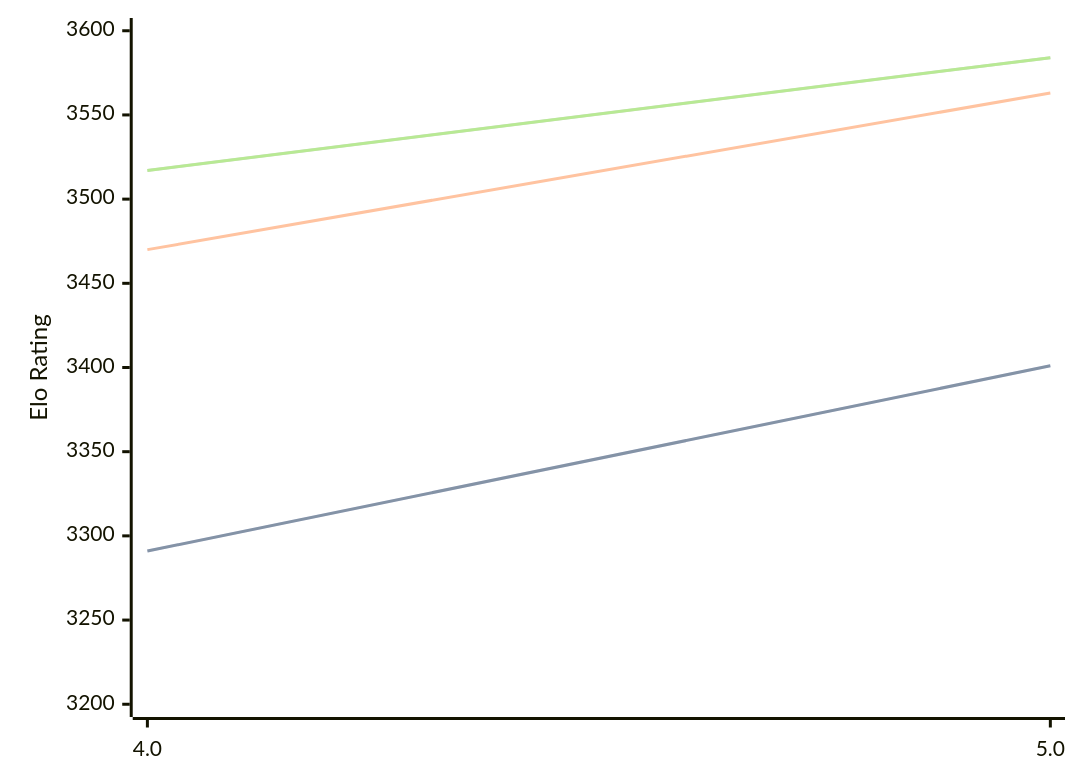
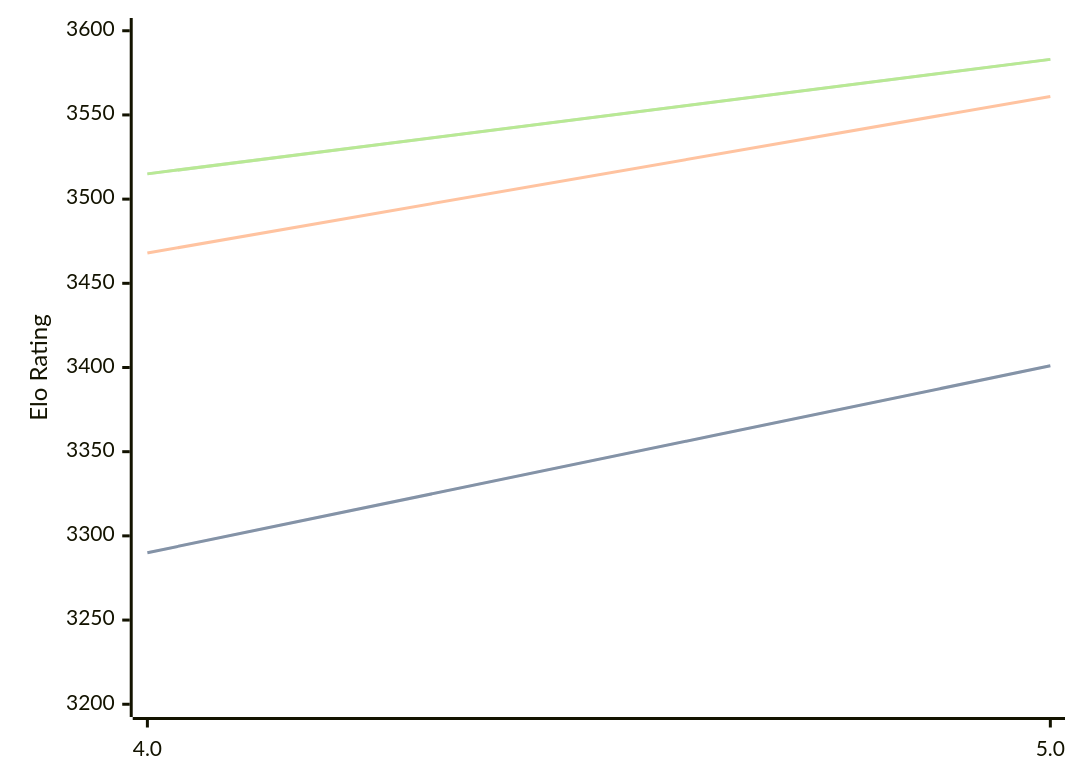
The diagram in engines/Tarnished.md (computer-chess-index/cci), drawn with Mermaid before and after one commit. The commit also changed other lines of this file, not shown here.

Commit message:
Update CCI Ratings (ELO VLTC) - 2026-04-26

````diff
--- a/engines/Tarnished.md
+++ b/engines/Tarnished.md
@@ -36,11 +36,11 @@
 ```mermaid
 %%{init: {"theme":"base","themeVariables":{"seriesColors:['#a3a3a3','#222221','#faa371']}}}%%
 xychart-beta
   x-axis ["4.0", "5.0"]
   y-axis "Elo Rating" 3200 --> 3600
-  line "STC (8.0+0.08s)" [3291, 3401]
-  line "STC (8.0+0.08s)" [3291, 3401]
-  line "LTC (60.0+0.60s)" [3470, 3563]
-  line "VLTC (2m24s+1.12s)" [3517, 3584]
-  line "VLTC (2m24s+1.12s)" [3517, 3584]
+  line "STC (8.0+0.08s)" [3290, 3401]
+  line "STC (8.0+0.08s)" [3290, 3401]
+  line "LTC (60.0+0.60s)" [3468, 3561]
+  line "VLTC (2m24s+1.12s)" [3515, 3583]
+  line "VLTC (2m24s+1.12s)" [3515, 3583]
 ```
````
